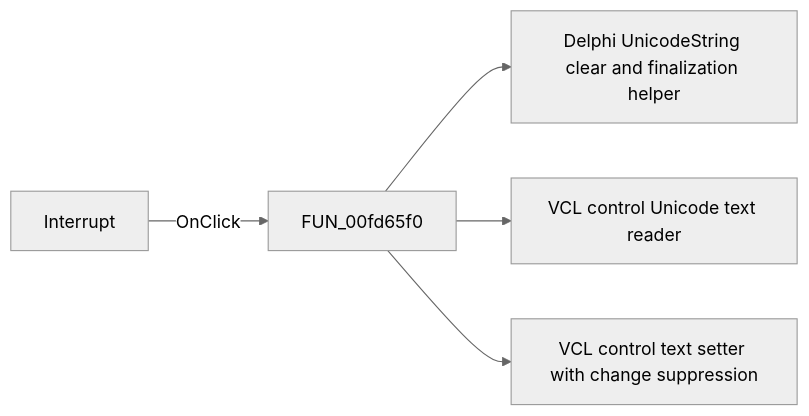
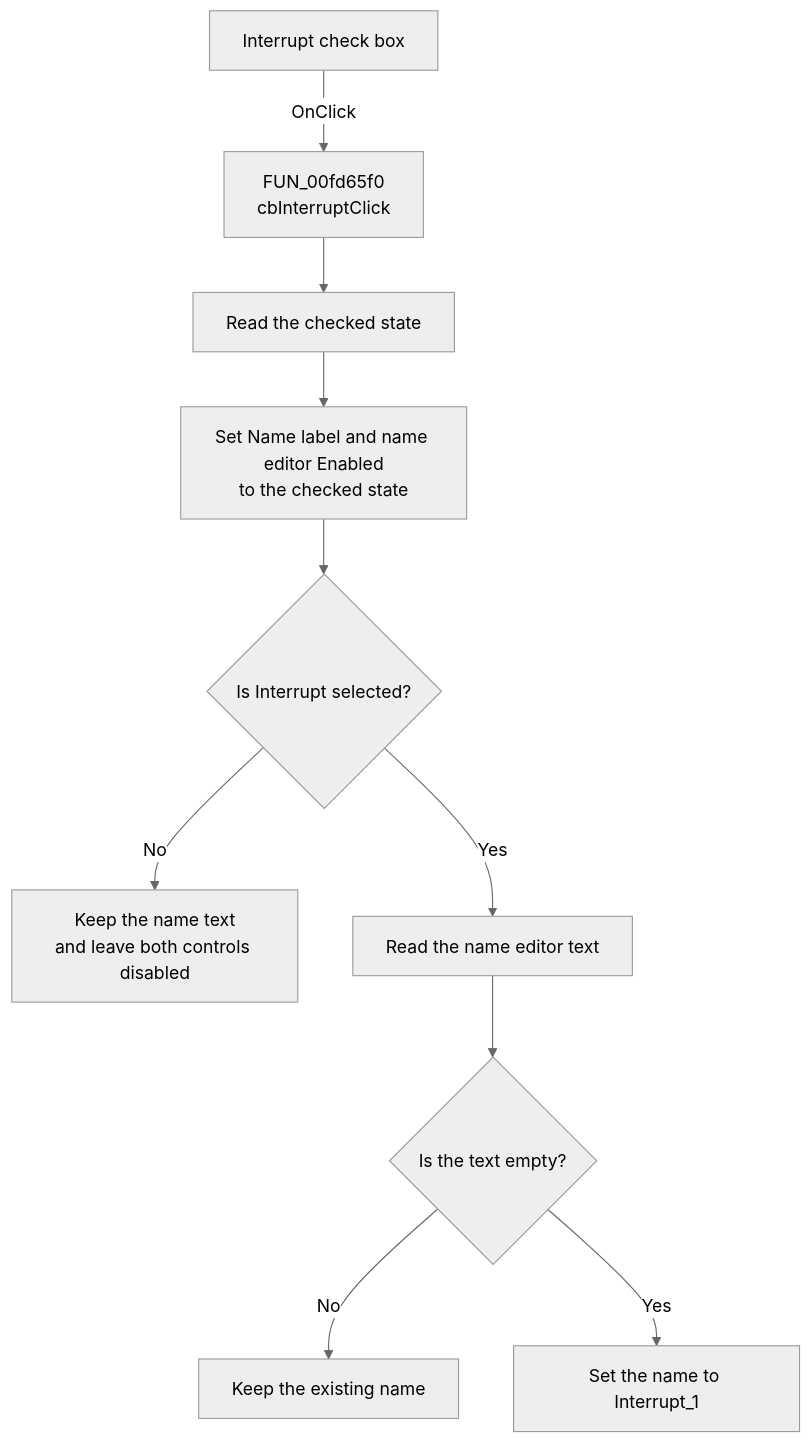
One commit to MovGP0/TIARA changed the diagram in docs/ui-controls/dlgflowchartstart/cbinterrupt-8019641818.md. Above: the diagram before and after it, drawn with Mermaid (neutral theme). The commit also changed other lines of this file and 387 other files, not shown here.

````diff
--- a/docs/ui-controls/dlgflowchartstart/cbinterrupt-8019641818.md
+++ b/docs/ui-controls/dlgflowchartstart/cbinterrupt-8019641818.md
@@ -27,7 +39,12 @@
 ```mermaid
-flowchart LR
-    control["Interrupt"] -->|OnClick| handler["FUN_00fd65f0"]
-    handler --> call1["Delphi UnicodeString clear and finalization helper"]
-    handler --> call2["VCL control Unicode text reader"]
-    handler --> call3["VCL control text setter with change suppression"]
+flowchart TD
+    control["Interrupt check box"] -->|OnClick| handler["FUN_00fd65f0<br/>cbInterruptClick"]
+    handler --> readState["Read the checked state"]
+    readState --> setEnabled["Set Name label and name editor Enabled<br/>to the checked state"]
+    setEnabled --> checked{"Is Interrupt selected?"}
+    checked -->|No| preserveDisabled["Keep the name text<br/>and leave both controls disabled"]
+    checked -->|Yes| readName["Read the name editor text"]
+    readName --> empty{"Is the text empty?"}
+    empty -->|No| preserveEnabled["Keep the existing name"]
+    empty -->|Yes| setDefault["Set the name to Interrupt_1"]
 ```
````
